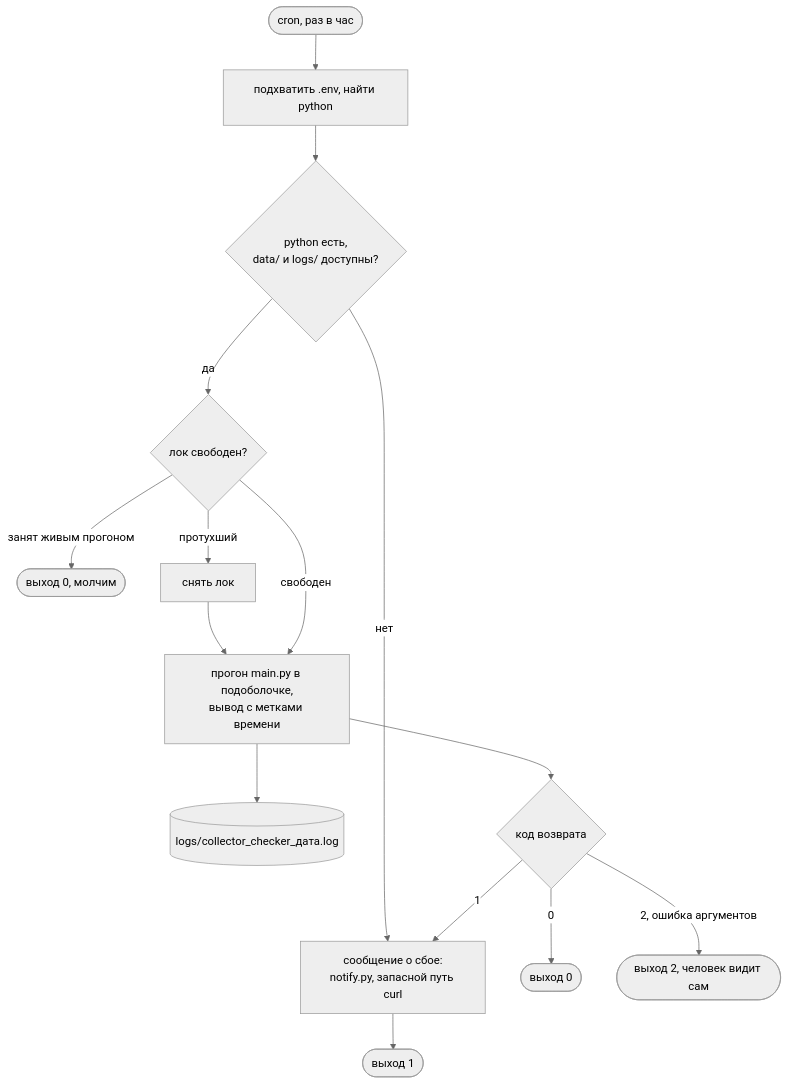
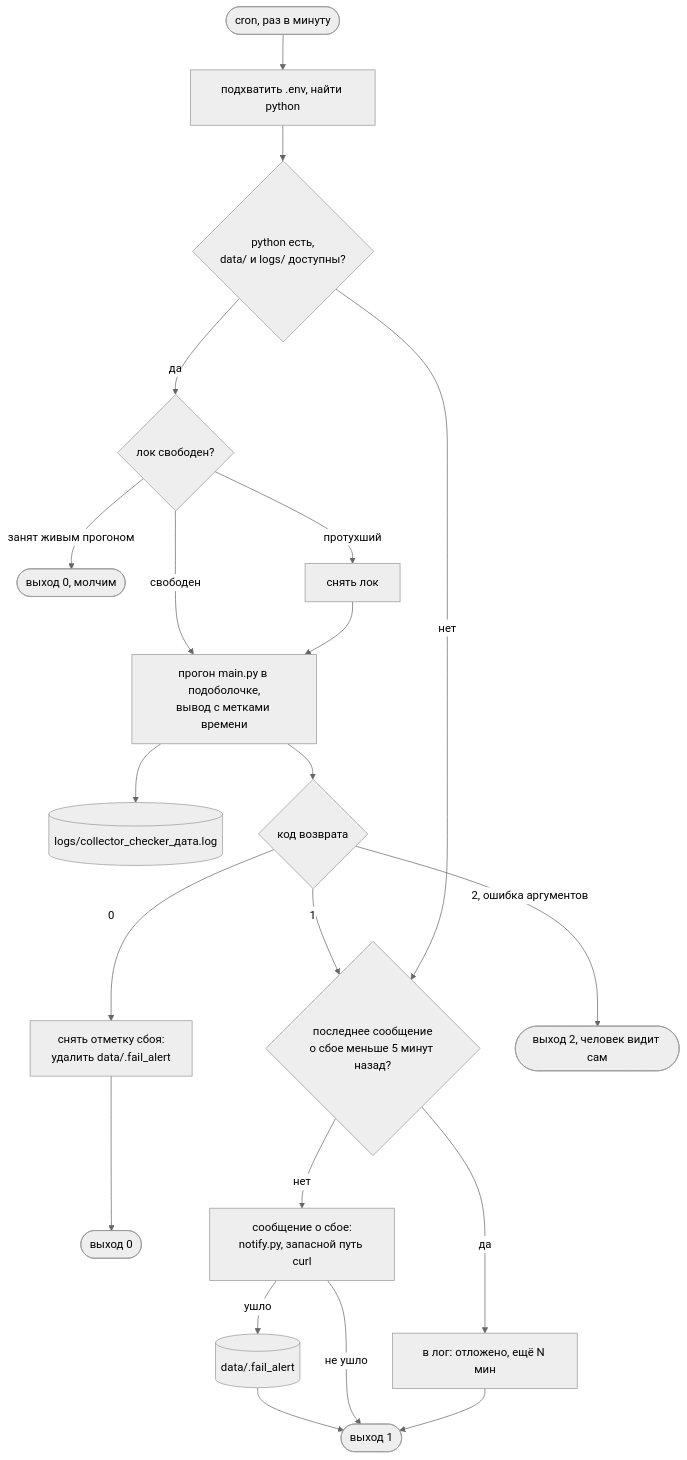
One commit to not-hehe/digital_tools changed the first of 3 diagrams in automation/collector_checker/README.md. Above: the diagram before and after it, drawn with Mermaid (neutral theme). The commit also changed other lines of this file and 14 other files, not shown here.

````diff
--- a/automation/collector_checker/README.md
+++ b/automation/collector_checker/README.md
@@ -66,16 +87,20 @@
 ```mermaid
 flowchart TD
-    CRON([cron, раз в час]) --> ENV[подхватить .env, найти python]
+    CRON([cron, раз в минуту]) --> ENV[подхватить .env, найти python]
     ENV --> PRE{python есть,<br/>data/ и logs/ доступны?}
-    PRE -->|нет| ALERT[сообщение о сбое:<br/>notify.py, запасной путь curl]
+    PRE -->|нет| ALERT
     PRE -->|да| LOCK{лок свободен?}
     LOCK -->|занят живым прогоном| QUIET([выход 0, молчим])
     LOCK -->|протухший| CLEAN[снять лок] --> RUN
     LOCK -->|свободен| RUN[прогон main.py в подоболочке,<br/>вывод с метками времени]
     RUN --> LOGF[(logs/collector_checker_дата.log)]
     RUN --> CODE{код возврата}
-    CODE -->|0| OK([выход 0])
+    CODE -->|0| CLEAR[снять отметку сбоя:<br/>удалить data/.fail_alert] --> OK([выход 0])
     CODE -->|2, ошибка аргументов| OK2([выход 2, человек видит сам])
-    CODE -->|1| ALERT
-    ALERT --> FAIL([выход 1])
+    CODE -->|1| ALERT{последнее сообщение<br/>о сбое меньше 5 минут назад?}
+    ALERT -->|да| WAIT[в лог: отложено, ещё N мин] --> FAIL
+    ALERT -->|нет| SEND[сообщение о сбое:<br/>notify.py, запасной путь curl]
+    SEND -->|ушло| STAMP[(data/.fail_alert)]
+    SEND -->|не ушло| FAIL([выход 1])
+    STAMP --> FAIL
 ```
````
